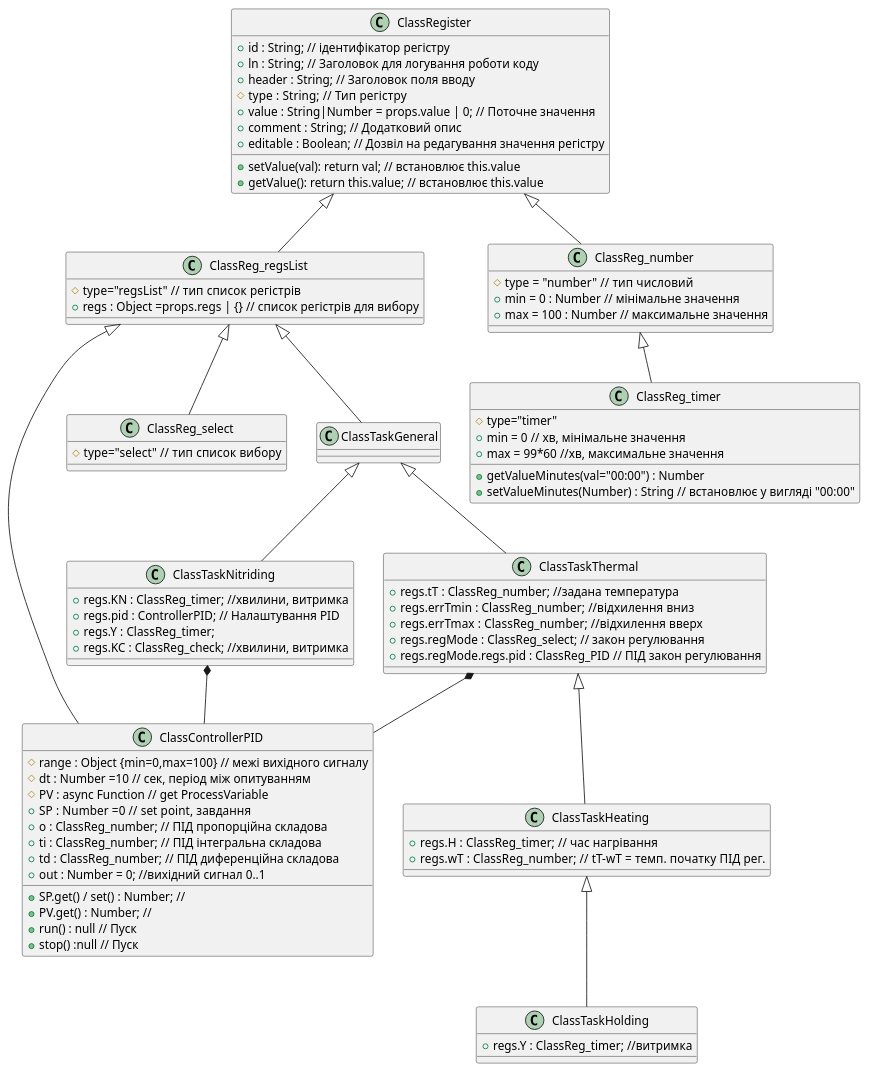
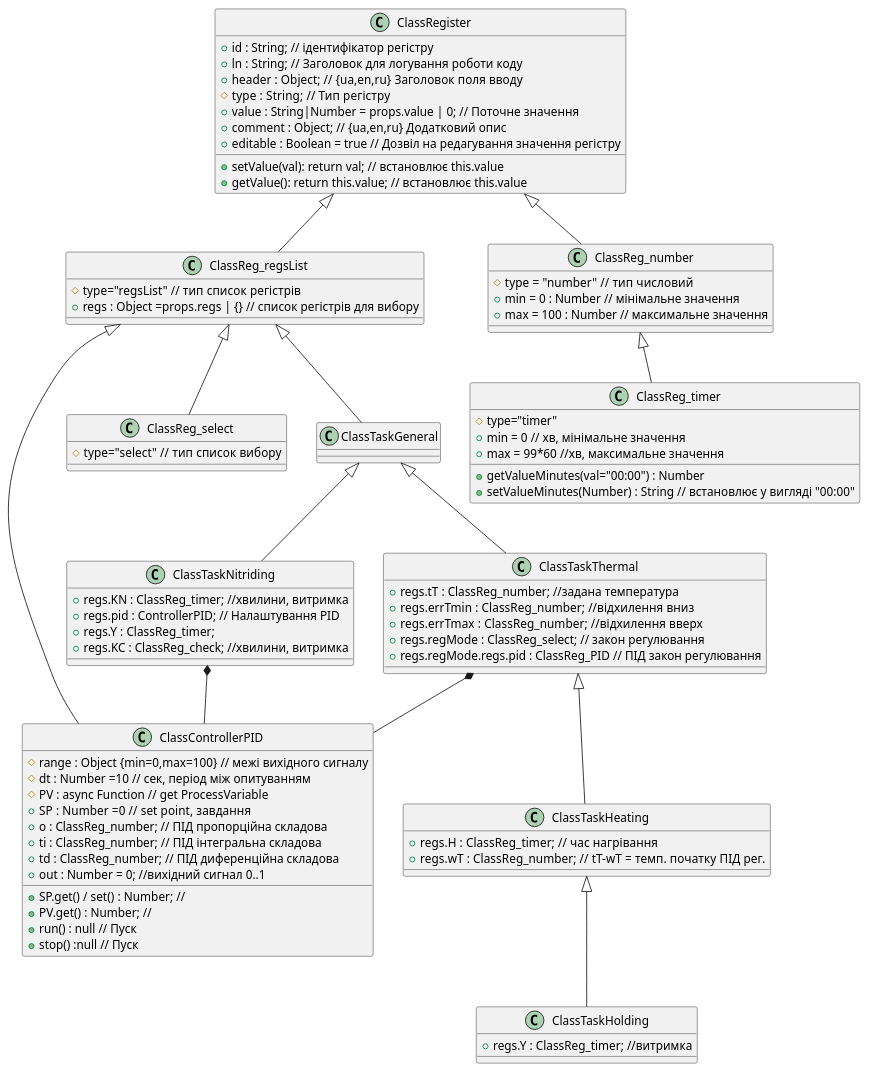
Before and after one commit to YVitalii/ASUTP2021: the diagram in controllers/tasksController/ClassesTaskDiagrams.puml, drawn with PlantUML. The commit also changed 25 other files, not shown here.

```diff
--- a/controllers/tasksController/ClassesTaskDiagrams.puml
+++ b/controllers/tasksController/ClassesTaskDiagrams.puml
@@ -2,115 +2,115 @@
 @startuml ClassTasks
 
 class ClassRegister { 
     +id : String; // ідентифікатор регістру
     +ln : String; // Заголовок для логування роботи коду
-    +header : String; // Заголовок поля вводу
+    +header : Object; // {ua,en,ru}  Заголовок поля вводу
     #type :  String; // Тип регістру
     +value : String|Number = props.value | 0; // Поточне значення
-    +comment : String; // Додатковий опис
-    +editable : Boolean; // Дозвіл на редагування значення регістру
+    +comment : Object; // {ua,en,ru} Додатковий опис
+    +editable : Boolean = true // Дозвіл на редагування значення регістру
     +setValue(val): return val; // встановлює this.value
     +getValue(): return this.value; // встановлює this.value
 }
 
 class ClassReg_regsList {
     #type="regsList"  // тип список регістрів
     +regs : Object =props.regs | {} // список регістрів для вибору
 }
 
 ClassRegister <|-- ClassReg_regsList
 
 class ClassTaskGeneral {
 '    //+regs : Object = props.regs : {} // контейнер для списку регістрів
 }
 
 ClassReg_regsList <|-- ClassTaskGeneral
 
 class ClassControllerPID {
     #range : Object {min=0,max=100} // межі вихідного сигналу
     #dt : Number =10 // сек, період між опитуванням
     #PV : async Function // get ProcessVariable
     +SP : Number =0  // set point, завдання
     +o : ClassReg_number; // ПІД пропорційна складова
     +ti : ClassReg_number; // ПІД інтегральна складова
     +td : ClassReg_number; // ПІД диференційна складова
     +out : Number = 0; //вихідний сигнал 0..1
     +SP.get() / set() : Number; //
     +PV.get() : Number; //
     +run() : null // Пуск
     +stop() :null // Пуск
 }
 ClassReg_regsList <|-- ClassControllerPID
 ' Поки закон ПОЗ - невикористовуємо
 ' class POScontroller { 
 '     o : ClassReg_number; // неузг.температури
 ' }
 
 class ClassTaskThermal {
     +regs.tT : ClassReg_number; //задана температура
     +regs.errTmin :  ClassReg_number; //відхилення вниз
     +regs.errTmax :  ClassReg_number; //відхилення вверх
     +regs.regMode : ClassReg_select; // закон регулювання
     ' +regs.regMode.regs.pos : POScontroller; // ПОЗ закон регулювання
     +regs.regMode.regs.pid : ClassReg_PID // ПІД закон регулювання
     
  }
 
 ClassTaskThermal *-- ClassControllerPID
 ' ClassTaskThermal *-- POScontroller
 
 class ClassTaskHeating {
     +regs.H :  ClassReg_timer; // час нагрівання
     +regs.wT :  ClassReg_number; // tT-wT = темп. початку ПІД рег.
 }
 
 class ClassTaskHolding {
     +regs.Y : ClassReg_timer; //витримка 
 } 
 
 
 
 ClassTaskGeneral <|--  ClassTaskThermal
 ClassTaskThermal  <|--  ClassTaskHeating
 ClassTaskHeating  <|-- ClassTaskHolding
 
 ' -------------  Nitriding Process --------------------------------
 class ClassTaskNitriding {
     +regs.KN : ClassReg_timer; //хвилини, витримка 
     +regs.pid : ControllerPID; // Налаштування PID
     +regs.Y : ClassReg_timer;
     +regs.KC : ClassReg_check; //хвилини, витримка
 
 } 
 ClassTaskGeneral <|--  ClassTaskNitriding
 ClassTaskNitriding *-- ClassControllerPID
 
 class ClassReg_number {
     #type = "number"  // тип числовий
     +min = 0 : Number // мінімальне значення  
     +max = 100 : Number // максимальне значення
 }
 ClassRegister <|-- ClassReg_number
 
 
 
 
 
 class ClassReg_select {
     #type="select"  // тип список вибору
 }
 
 ClassReg_regsList <|-- ClassReg_select
 
 
 class ClassReg_timer {
     #type="timer"
     +min = 0 // хв, мінімальне значення  
     +max = 99*60 //хв, максимальне значення
     +getValueMinutes(val="00:00") : Number
     +setValueMinutes(Number) : String // встановлює у вигляді "00:00" 
  }
 
  ClassReg_number <|-- ClassReg_timer
 
 @enduml
```
